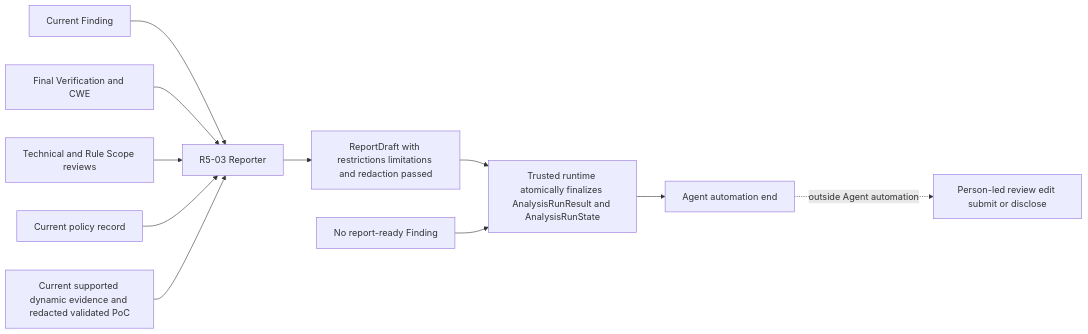
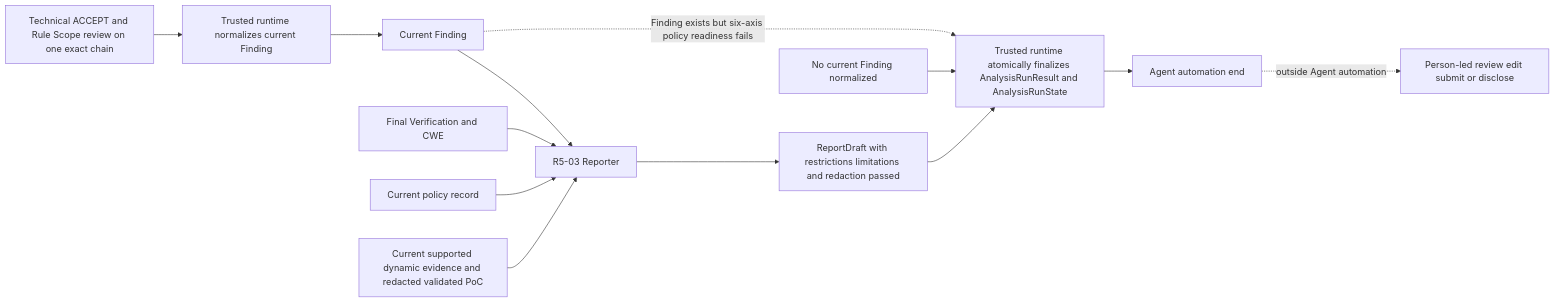
One commit to SASTsimi/sastsimi changed diagram 13 of 13 in docs/architecture-v5/13-architecture-diagrams.md. Above: the diagram before and after it, drawn with Mermaid. The commit also changed other lines of this file and 19 other files, not shown here.

````diff
--- a/docs/architecture-v5/13-architecture-diagrams.md
+++ b/docs/architecture-v5/13-architecture-diagrams.md
@@ -440,13 +442,15 @@
 ```mermaid
 flowchart LR
-    FIND[Current Finding] --> REPORTER[R5-03 Reporter]
+    GATES[Technical ACCEPT and Rule Scope review on one exact chain] --> NORM[Trusted runtime normalizes current Finding]
+    NORM --> FIND[Current Finding]
+    FIND --> REPORTER[R5-03 Reporter]
     VERIFY[Final Verification and CWE] --> REPORTER
-    GATES[Technical and Rule Scope reviews] --> REPORTER
     POLICY[Current policy record] --> REPORTER
     DYNAMIC[Current supported dynamic evidence and redacted validated PoC] --> REPORTER
     REPORTER --> DRAFT[ReportDraft with restrictions limitations and redaction passed]
     DRAFT --> FINAL[Trusted runtime atomically finalizes AnalysisRunResult and AnalysisRunState]
-    BLOCKED[No report-ready Finding] --> FINAL
+    FIND -. Finding exists but six-axis policy readiness fails .-> FINAL
+    BLOCKED[No current Finding normalized] --> FINAL
     FINAL --> END[Agent automation end]
     END -. outside Agent automation .-> HUMAN[Person-led review edit submit or disclose]
 ```
````
